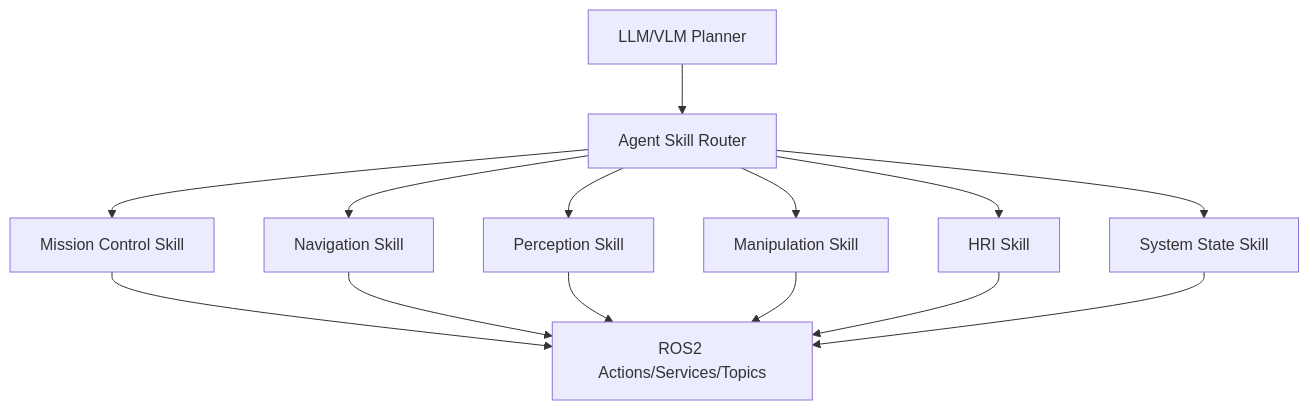
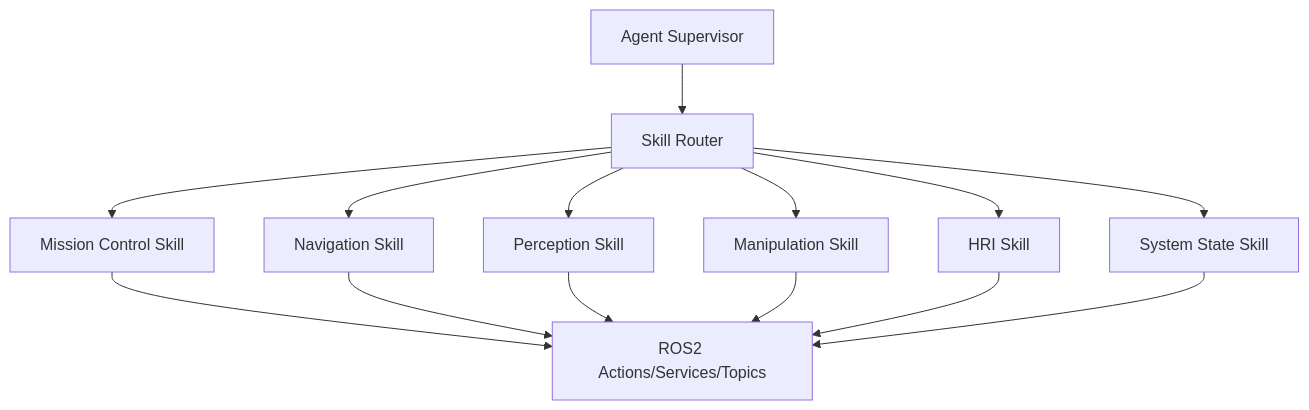
One commit to terrense/ros2-multimodal-robot-collab changed the diagram in docs/agent_skills.md. Above: the diagram before and after it, drawn with Mermaid. The commit also changed other lines of this file and 2789 other files, not shown here.

````diff
--- a/docs/agent_skills.md
+++ b/docs/agent_skills.md
@@ -7,16 +14,16 @@
 ```mermaid
 flowchart TD
-  planner["LLM/VLM Planner"] --> router["Agent Skill Router"]
+  planner["Agent Supervisor"] --> router["Skill Router"]
   router --> mission["Mission Control Skill"]
   router --> nav["Navigation Skill"]
   router --> perception["Perception Skill"]
   router --> arm["Manipulation Skill"]
   router --> hri["HRI Skill"]
   router --> state["System State Skill"]
   mission --> ros["ROS2 Actions/Services/Topics"]
   nav --> ros
   perception --> ros
   arm --> ros
   hri --> ros
   state --> ros
 ```
````
